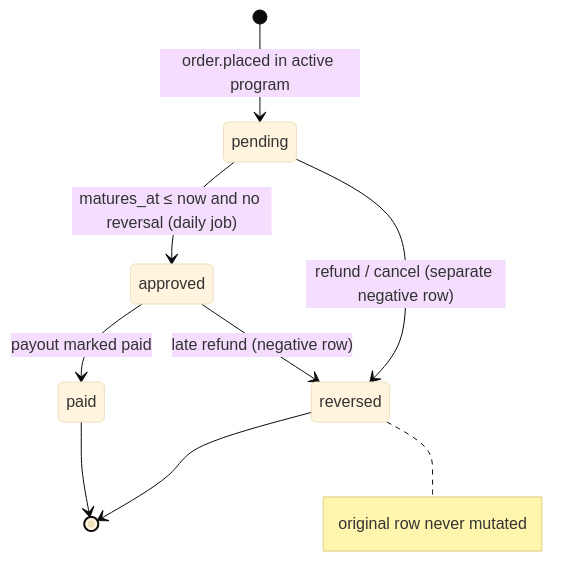
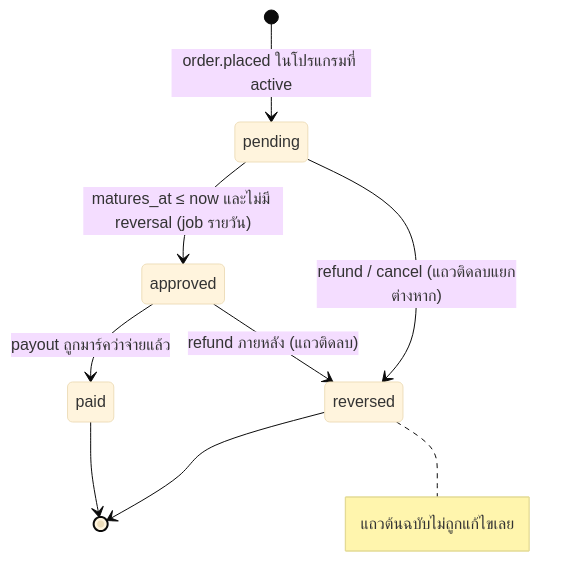
The fourth of 7 diagrams in docs/design/state-machines.md (techpowerdev/medusa-ecom), drawn with Mermaid (base theme) before and after one commit. The commit also changed other lines of this file and 25 other files, not shown here.

````diff
--- a/docs/design/state-machines.md
+++ b/docs/design/state-machines.md
@@ -47,11 +47,11 @@
 ```mermaid
 stateDiagram-v2
-  [*] --> pending : order.placed in active program
-  pending --> approved : matures_at ≤ now and no reversal (daily job)
-  pending --> reversed : refund / cancel (separate negative row)
-  approved --> paid : payout marked paid
-  approved --> reversed : late refund (negative row)
+  [*] --> pending : order.placed ในโปรแกรมที่ active
+  pending --> approved : matures_at ≤ now และไม่มี reversal (job รายวัน)
+  pending --> reversed : refund / cancel (แถวติดลบแยกต่างหาก)
+  approved --> paid : payout ถูกมาร์คว่าจ่ายแล้ว
+  approved --> reversed : refund ภายหลัง (แถวติดลบ)
   paid --> [*]
   reversed --> [*]
-  note right of reversed : original row never mutated
+  note right of reversed : แถวต้นฉบับไม่ถูกแก้ไขเลย
 ```
````
